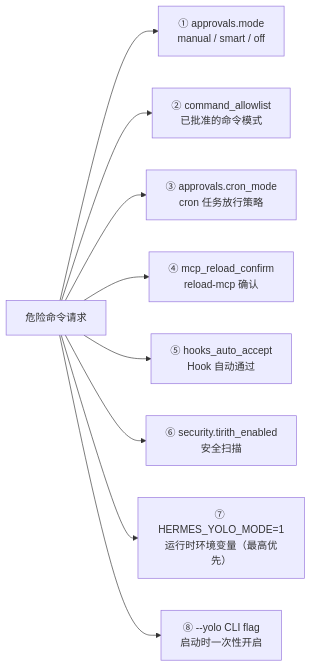
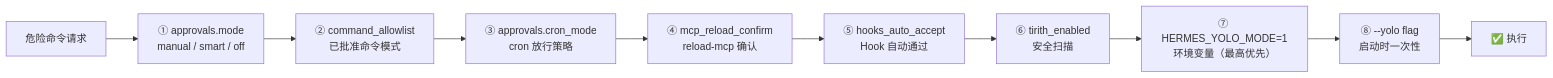
The first of 2 diagrams in posts/2026-04-30-hermes-yolo-mode-approval-bypass.md (pengyanai/notebook), drawn with Mermaid before and after one commit.

Commit message:
fix: 审批系统多层结构图改为线性管道流，修复节点换行符

````diff
--- a/posts/2026-04-30-hermes-yolo-mode-approval-bypass.md
+++ b/posts/2026-04-30-hermes-yolo-mode-approval-bypass.md
@@ -20,12 +20,12 @@
 ```mermaid
 graph LR
-    CMD["危险命令请求"]
-    CMD --> L1["① approvals.mode\nmanual / smart / off"]
-    CMD --> L2["② command_allowlist\n已批准的命令模式"]
-    CMD --> L3["③ approvals.cron_mode\ncron 任务放行策略"]
-    CMD --> L4["④ mcp_reload_confirm\nreload-mcp 确认"]
-    CMD --> L5["⑤ hooks_auto_accept\nHook 自动通过"]
-    CMD --> L6["⑥ security.tirith_enabled\n安全扫描"]
-    CMD --> L7["⑦ HERMES_YOLO_MODE=1\n运行时环境变量（最高优先）"]
-    CMD --> L8["⑧ --yolo CLI flag\n启动时一次性开启"]
+    CMD["危险命令请求"] --> L1["① approvals.mode<br/>manual / smart / off"]
+    L1 --> L2["② command_allowlist<br/>已批准命令模式"]
+    L2 --> L3["③ approvals.cron_mode<br/>cron 放行策略"]
+    L3 --> L4["④ mcp_reload_confirm<br/>reload-mcp 确认"]
+    L4 --> L5["⑤ hooks_auto_accept<br/>Hook 自动通过"]
+    L5 --> L6["⑥ tirith_enabled<br/>安全扫描"]
+    L6 --> L7["⑦ HERMES_YOLO_MODE=1<br/>环境变量（最高优先）"]
+    L7 --> L8["⑧ --yolo flag<br/>启动时一次性"]
+    L8 --> PASS["✅ 执行"]
 ```
````
